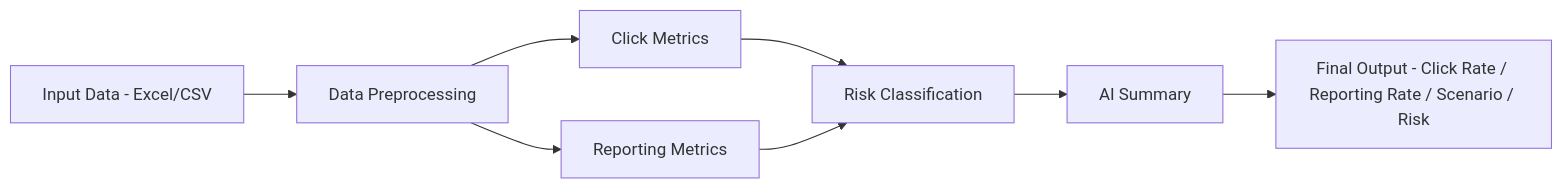
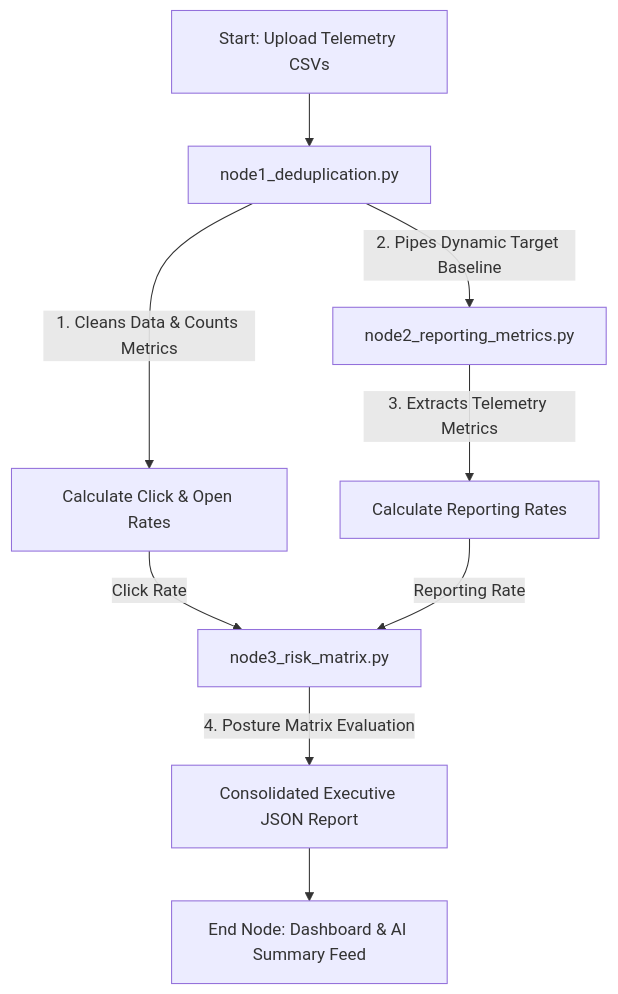
Before and after one commit to XimenaPradoMaersk/AutoPhish-Reports: the diagram in README.md, drawn with Mermaid. The commit also changed other lines of this file, not shown here.

````diff
--- a/README.md
+++ b/README.md
@@ -34,14 +35,15 @@
 ```mermaid
-flowchart LR
-A[Input Data - Excel/CSV] --> B[Data Preprocessing]
-
-B --> C[Click Metrics]
-B --> D[Reporting Metrics]
-
-C --> E[Risk Classification]
-D --> E
-
-E --> F[AI Summary]
-
-F --> G[Final Output - Click Rate / Reporting Rate / Scenario / Risk]
+flowchart TD
+    A[Start: Upload Telemetry CSVs] --> B[node1_deduplication.py]
+    
+    B -->|1. Cleans Data & Counts Metrics| C[Calculate Click & Open Rates]
+    B -->|2. Pipes Dynamic Target Baseline| D[node2_reporting_metrics.py]
+    
+    D -->|3. Extracts Telemetry Metrics| E[Calculate Reporting Rates]
+    
+    C -->|Click Rate| F[node3_risk_matrix.py]
+    E -->|Reporting Rate| F
+    
+    F -->|4. Posture Matrix Evaluation| G[Consolidated Executive JSON Report]
+    G --> H[End Node: Dashboard & AI Summary Feed]
 ```
````
